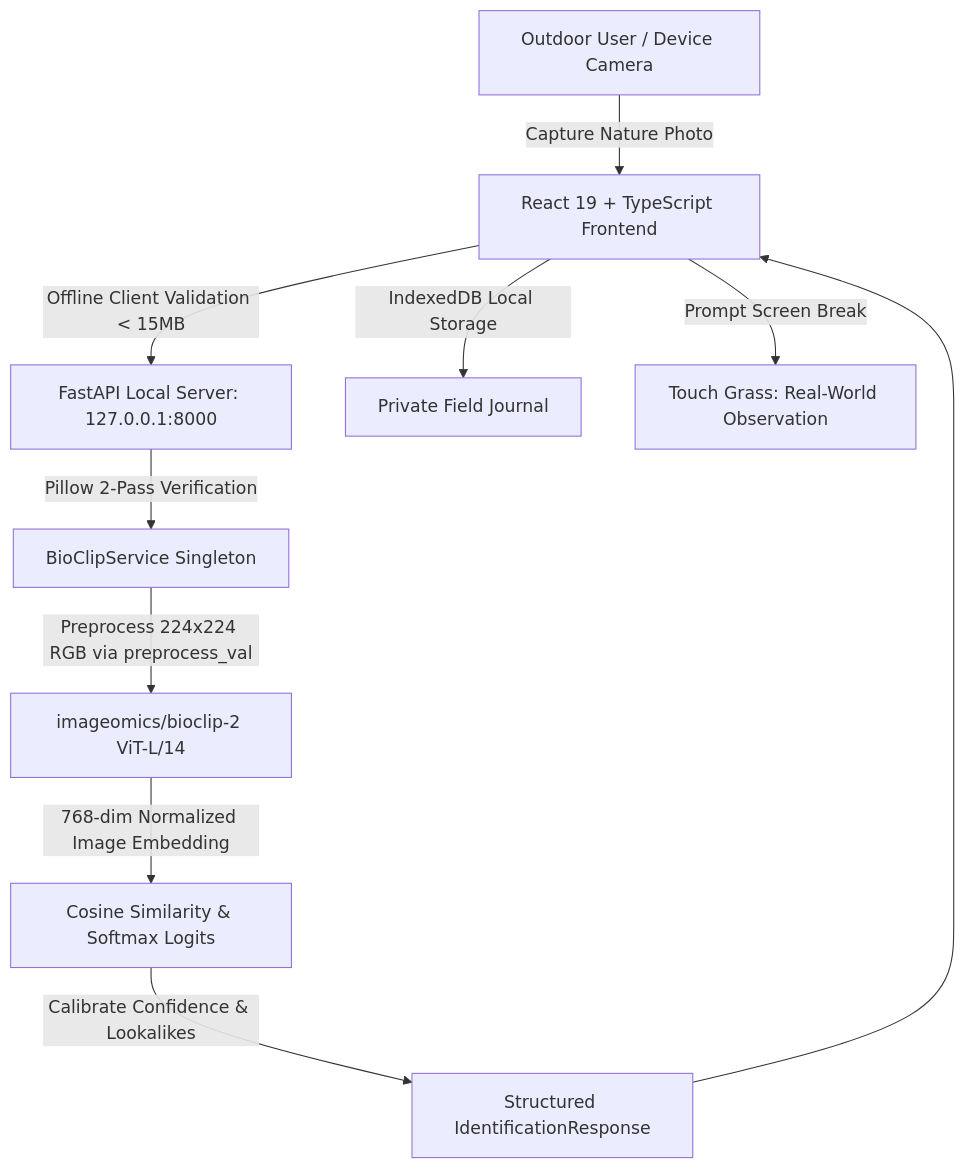
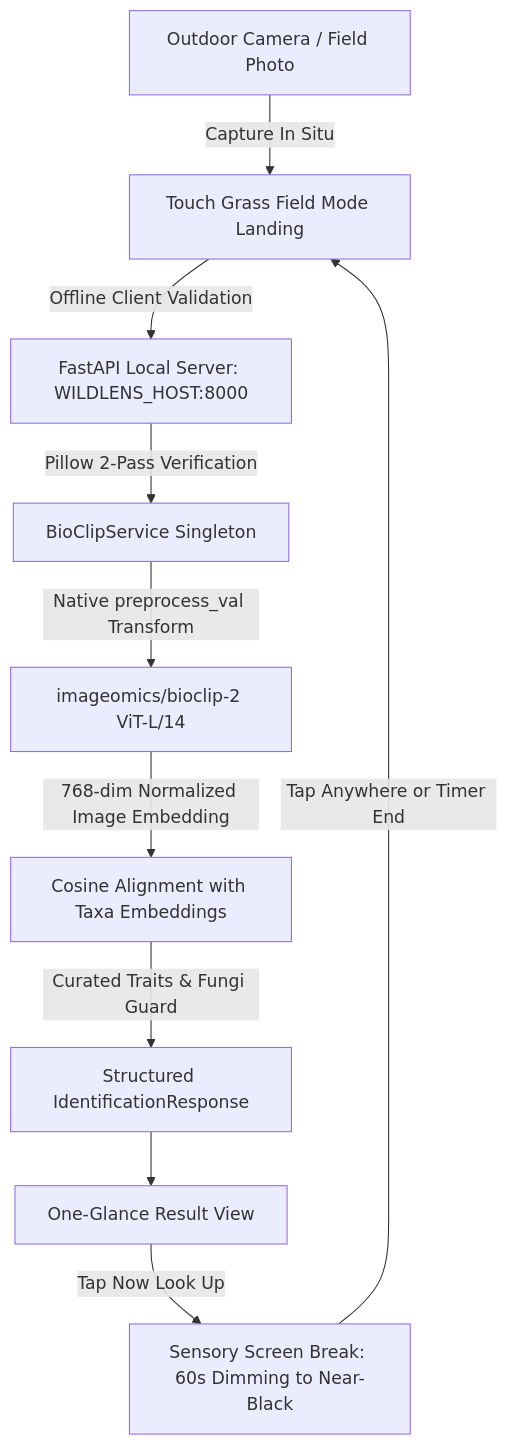
The diagram in README.md (Suguda-Thakur-Marndi/WildLens-AI), drawn with Mermaid before and after one commit. The commit also changed other lines of this file and 8 other files, not shown here.

Commit message:
feat: add BioCLIP service for offline species identification with safety warnings and benchmarks

````diff
--- a/README.md
+++ b/README.md
@@ -59,12 +84,12 @@
 ```mermaid
 flowchart TD
-    A[Outdoor User / Device Camera] -->|Capture Nature Photo| B[React 19 + TypeScript Frontend]
-    B -->|Offline Client Validation < 15MB| C[FastAPI Local Server: 127.0.0.1:8000]
+    A[Outdoor Camera / Field Photo] -->|Capture In Situ| B[Touch Grass Field Mode Landing]
+    B -->|Offline Client Validation| C[FastAPI Local Server: WILDLENS_HOST:8000]
     C -->|Pillow 2-Pass Verification| D[BioClipService Singleton]
-    D -->|Preprocess 224x224 RGB via preprocess_val| E[imageomics/bioclip-2 ViT-L/14]
-    E -->|768-dim Normalized Image Embedding| F[Cosine Similarity & Softmax Logits]
-    F -->|Calibrate Confidence & Lookalikes| G[Structured IdentificationResponse]
-    G --> B
-    B -->|IndexedDB Local Storage| H[Private Field Journal]
-    B -->|Prompt Screen Break| I[Touch Grass: Real-World Observation]
+    D -->|Native preprocess_val Transform| E[imageomics/bioclip-2 ViT-L/14]
+    E -->|768-dim Normalized Image Embedding| F[Cosine Alignment with Taxa Embeddings]
+    F -->|Curated Traits & Fungi Guard| G[Structured IdentificationResponse]
+    G --> H[One-Glance Result View]
+    H -->|Tap Now Look Up| I[Sensory Screen Break: 60s Dimming to Near-Black]
+    I -->|Tap Anywhere or Timer End| B
 ```
````
